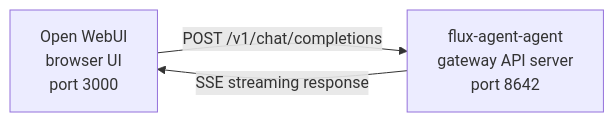
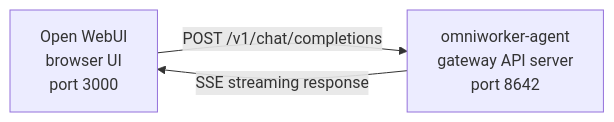
The diagram in omniworker-agent/website/docs/user-guide/messaging/open-webui.md (NLSARCOS/omniworker-b2b), drawn with Mermaid before and after one commit. The commit also changed other lines of this file and 1789 other files, not shown here.

First line of the commit message:
fix(brand): reparar rebrand roto OmniWorker→Flux Agent en identificadores Python

````diff
--- a/omniworker-agent/website/docs/user-guide/messaging/open-webui.md
+++ b/omniworker-agent/website/docs/user-guide/messaging/open-webui.md
@@ -13,7 +13,7 @@
 ```mermaid
 flowchart LR
     A["Open WebUI<br/>browser UI<br/>port 3000"]
-    B["flux-agent-agent<br/>gateway API server<br/>port 8642"]
+    B["omniworker-agent<br/>gateway API server<br/>port 8642"]
     A -->|POST /v1/chat/completions| B
     B -->|SSE streaming response| A
 ```
````
